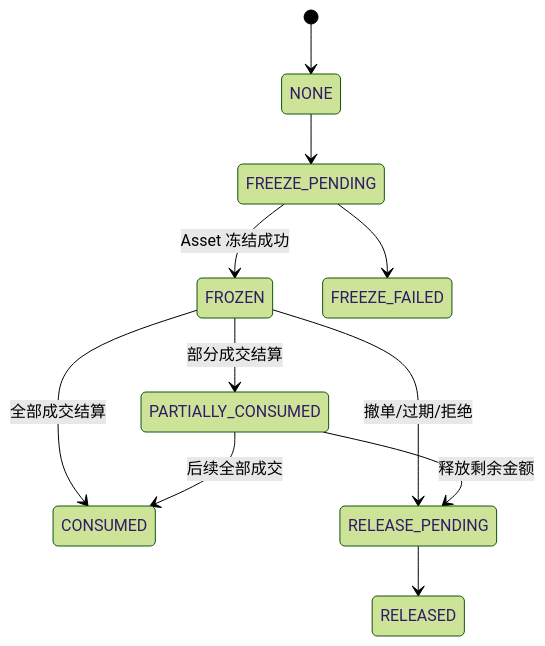
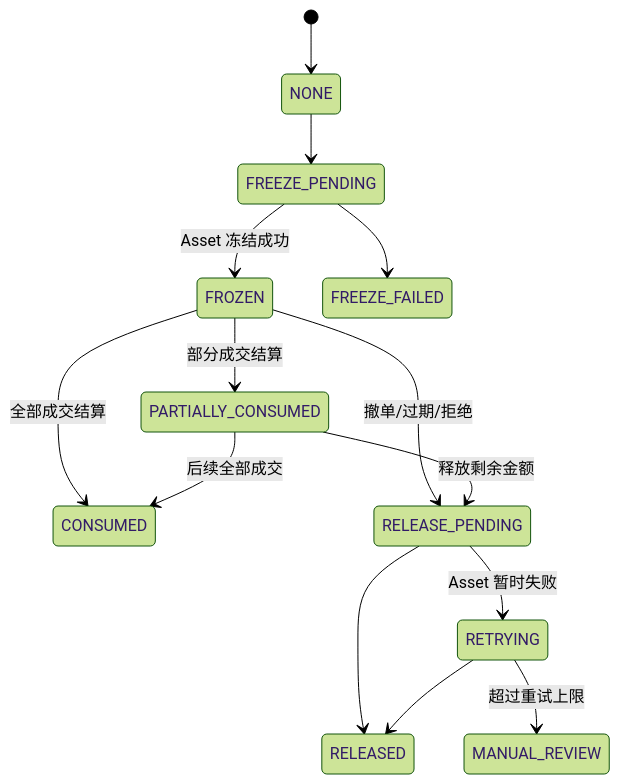
Before and after one commit to colbort/wklive: the second of 17 diagrams in services/trade/docs/order-lifecycle-design.md, drawn with Mermaid (forest theme). The commit also changed other lines of this file and 85 other files, not shown here.

````diff
--- a/services/trade/docs/order-lifecycle-design.md
+++ b/services/trade/docs/order-lifecycle-design.md
@@ -64,13 +97,16 @@
 ```mermaid
 stateDiagram-v2
     [*] --> NONE
     NONE --> FREEZE_PENDING
     FREEZE_PENDING --> FROZEN: Asset 冻结成功
     FREEZE_PENDING --> FREEZE_FAILED
     FROZEN --> PARTIALLY_CONSUMED: 部分成交结算
     FROZEN --> CONSUMED: 全部成交结算
     PARTIALLY_CONSUMED --> CONSUMED: 后续全部成交
     FROZEN --> RELEASE_PENDING: 撤单/过期/拒绝
     PARTIALLY_CONSUMED --> RELEASE_PENDING: 释放剩余金额
     RELEASE_PENDING --> RELEASED
+    RELEASE_PENDING --> RETRYING: Asset 暂时失败
+    RETRYING --> RELEASED
+    RETRYING --> MANUAL_REVIEW: 超过重试上限
 ```
````
